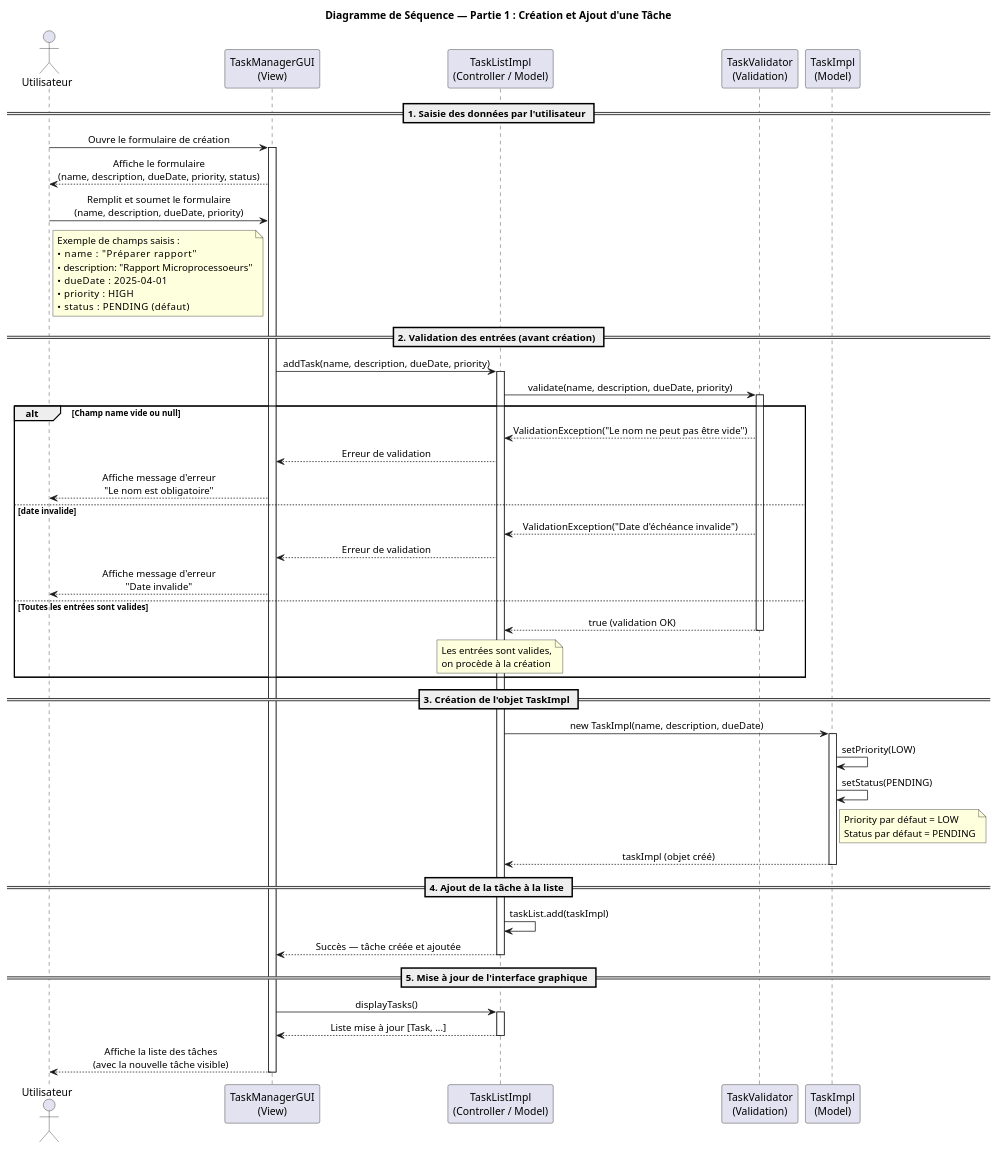
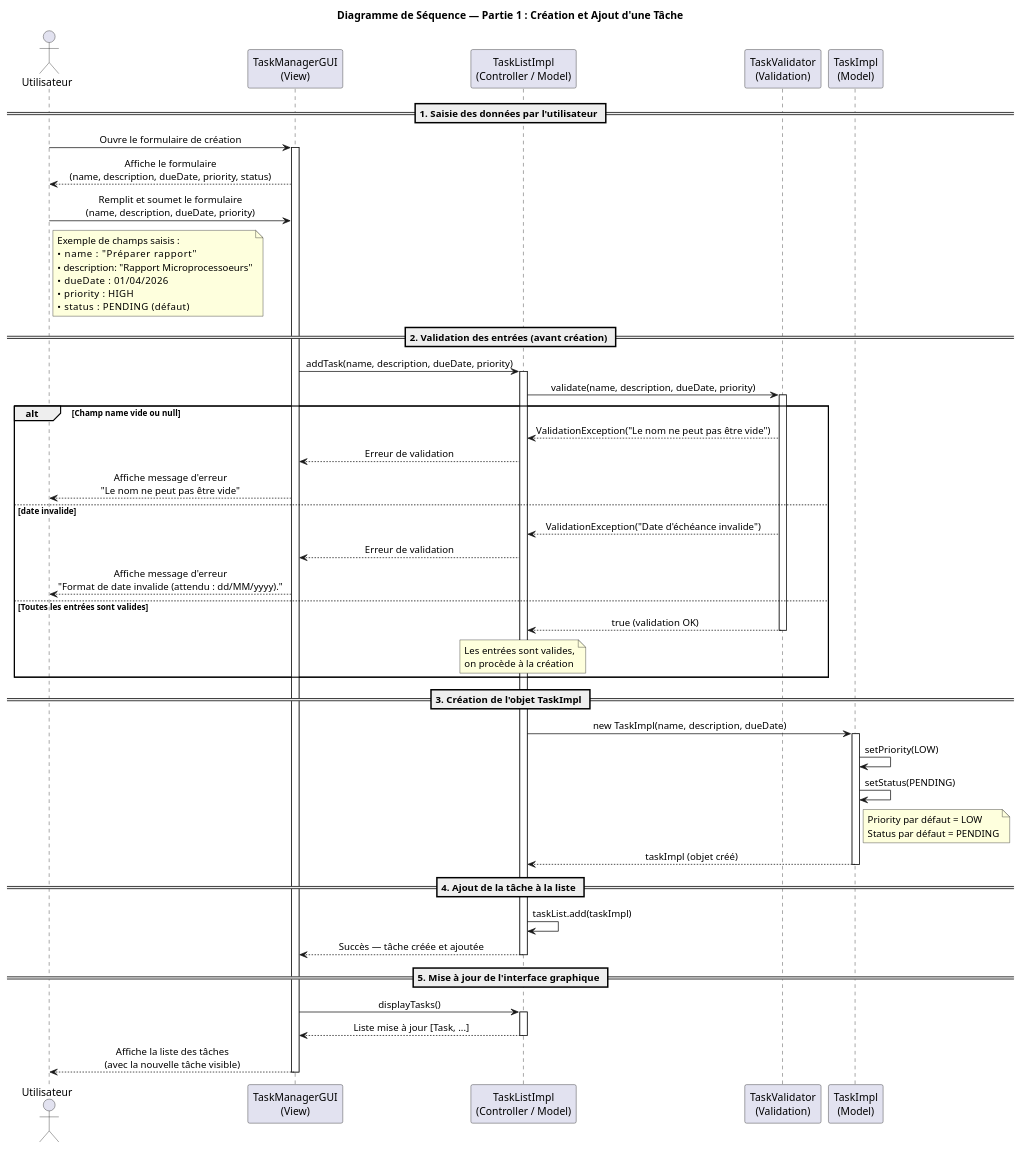
Before and after one commit to Julien3556/Gestionnaire_de_taches: the diagram in sequence_diagram_partie1.puml, drawn with PlantUML. The commit also changed 2 other files, not shown here.

Commit message:
final sequence diagram

```diff
--- a/sequence_diagram_partie1.puml
+++ b/sequence_diagram_partie1.puml
@@ -1,86 +1,86 @@
 @startuml DiagrammeSequence_Partie1
 title Diagramme de Séquence — Partie 1 : Création et Ajout d'une Tâche
 
 skinparam sequenceMessageAlign center
 skinparam responseMessageBelowArrow true
 
 actor "Utilisateur" as User
 
 participant "TaskManagerGUI\n(View)" as GUI
 participant "TaskListImpl\n(Controller / Model)" as TLI
 participant "TaskValidator\n(Validation)" as VAL
 participant "TaskImpl\n(Model)" as TASK
 
 == 1. Saisie des données par l'utilisateur ==
 
 User -> GUI : Ouvre le formulaire de création
 activate GUI
 
 GUI --> User : Affiche le formulaire\n(name, description, dueDate, priority, status)
 
 User -> GUI : Remplit et soumet le formulaire\n(name, description, dueDate, priority)
 note right of User
   Exemple de champs saisis :
   • name       : "Préparer rapport"
   • description: "Rapport Microprocessoeurs"
-  • dueDate    : 2025-04-01
+  • dueDate    : 01/04/2026
   • priority   : HIGH
   • status     : PENDING (défaut)
 end note
 
 == 2. Validation des entrées (avant création) ==
 
 GUI -> TLI : addTask(name, description, dueDate, priority)
 activate TLI
 
 TLI -> VAL : validate(name, description, dueDate, priority)
 activate VAL
 
 alt Champ name vide ou null
     VAL --> TLI : ValidationException("Le nom ne peut pas être vide")
     TLI --> GUI : Erreur de validation
-    GUI --> User : Affiche message d'erreur\n"Le nom est obligatoire"
+    GUI --> User : Affiche message d'erreur\n"Le nom ne peut pas être vide"
 else date invalide
     VAL --> TLI : ValidationException("Date d'échéance invalide")
     TLI --> GUI : Erreur de validation
-    GUI --> User : Affiche message d'erreur\n"Date invalide"
+    GUI --> User : Affiche message d'erreur\n"Format de date invalide (attendu : dd/MM/yyyy)."
 else Toutes les entrées sont valides
     VAL --> TLI : true (validation OK)
     deactivate VAL
     note over TLI : Les entrées sont valides,\non procède à la création
 end
 
 == 3. Création de l'objet TaskImpl ==
 
 TLI -> TASK : new TaskImpl(name, description, dueDate)
 activate TASK
 
 TASK -> TASK : setPriority(LOW)
 TASK -> TASK : setStatus(PENDING)
 note right of TASK
   Priority par défaut = LOW
   Status par défaut = PENDING
 end note
 
 TASK --> TLI : taskImpl (objet créé)
 deactivate TASK
 
 == 4. Ajout de la tâche à la liste ==
 
 TLI -> TLI : taskList.add(taskImpl)
 
 
 TLI --> GUI : Succès — tâche créée et ajoutée
 deactivate TLI
 
 == 5. Mise à jour de l'interface graphique ==
 
 GUI -> TLI : displayTasks()
 activate TLI
 TLI --> GUI : Liste mise à jour [Task, ...]
 deactivate TLI
 
 GUI --> User : Affiche la liste des tâches\n(avec la nouvelle tâche visible)
 deactivate GUI
 
 @enduml
```
